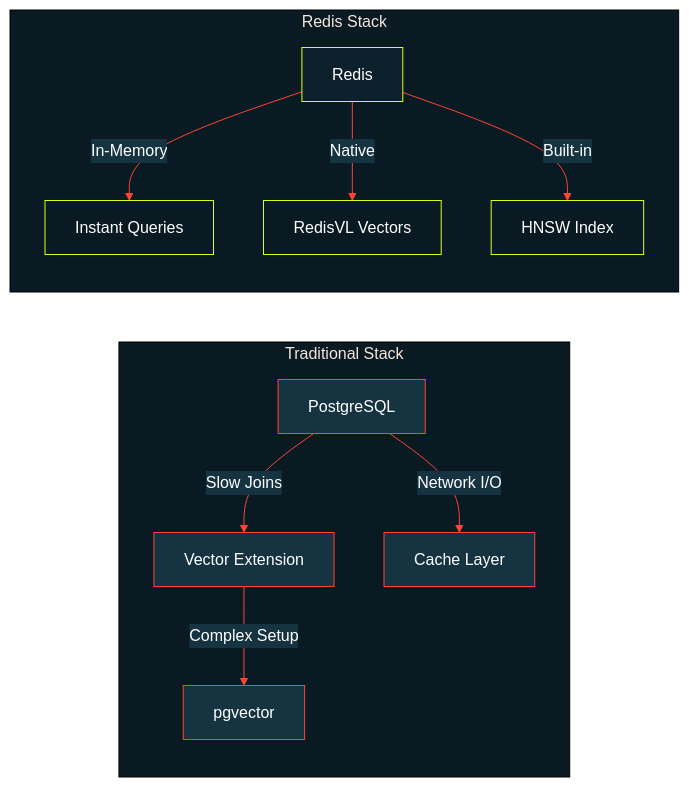
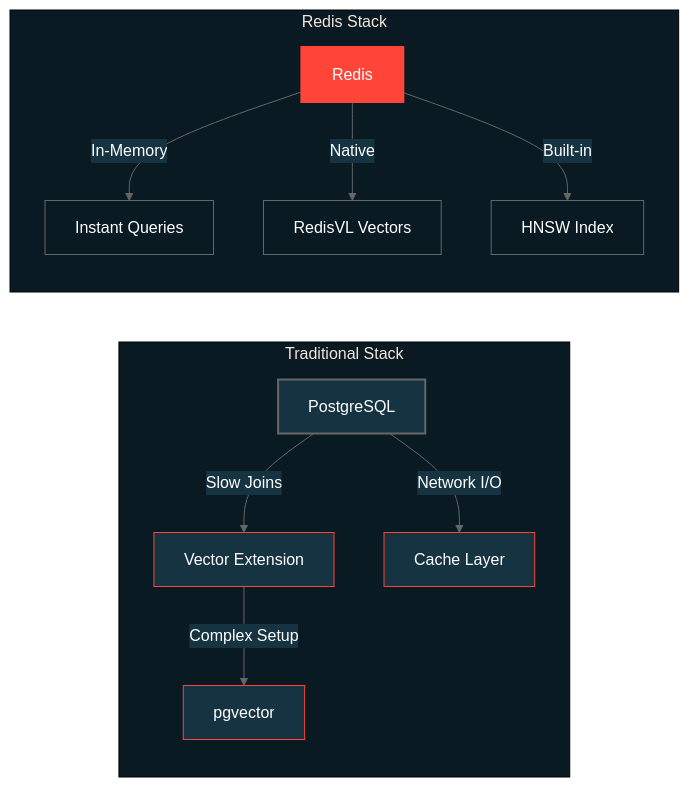
The first of 4 diagrams in docs/11_REDIS_PATTERNS.md (AllieRays/redis-wellness), drawn with Mermaid before and after one commit. The commit also changed other lines of this file and 12 other files, not shown here.

````diff
--- a/docs/11_REDIS_PATTERNS.md
+++ b/docs/11_REDIS_PATTERNS.md
@@ -19,21 +19,21 @@
 ```mermaid
-%%{init: {'theme':'base', 'themeVariables': { 'primaryColor':'#0d212c', 'primaryTextColor':'#fff', 'primaryBorderColor':'#ff4438', 'lineColor':'#ff4438', 'secondaryColor':'#163341', 'tertiaryColor':'#091a23', 'background':'#0d212c', 'mainBkg':'#163341', 'secondBkg':'#0d212c', 'textColor':'#fff', 'fontSize':'16px'}}}%%
+%%{init: {'theme':'base', 'themeVariables': { 'primaryColor':'#0d212c', 'primaryTextColor':'#fff', 'primaryBorderColor':'#ff4438', 'lineColor':'#666', 'secondaryColor':'#163341', 'tertiaryColor':'#091a23', 'background':'#0d212c', 'mainBkg':'#163341', 'secondBkg':'#0d212c', 'textColor':'#fff', 'fontSize':'16px'}}}%%
 graph LR
     subgraph "Traditional Stack"
     A[PostgreSQL] -->|Slow Joins| B[Vector Extension]
     A -->|Network I/O| C[Cache Layer]
     B -->|Complex Setup| D[pgvector]
     end
 
     subgraph "Redis Stack"
     E[Redis] -->|In-Memory| F[Instant Queries]
     E -->|Native| G[RedisVL Vectors]
     E -->|Built-in| H[HNSW Index]
     end
 
-    style A fill:#163341,stroke:#ff4438,color:#fff
-    style E fill:#0d212c,stroke:#dcff1e,color:#fff
-    style F fill:#091a23,stroke:#dcff1e,color:#fff
-    style G fill:#091a23,stroke:#dcff1e,color:#fff
-    style H fill:#091a23,stroke:#dcff1e,color:#fff
+    style A fill:#163341,stroke:#666,color:#fff,stroke-width:2px
+    style E fill:#ff4438,stroke:#ff4438,color:#fff,stroke-width:3px
+    style F fill:#091a23,stroke:#666,color:#fff
+    style G fill:#091a23,stroke:#666,color:#fff
+    style H fill:#091a23,stroke:#666,color:#fff
 ```
````
